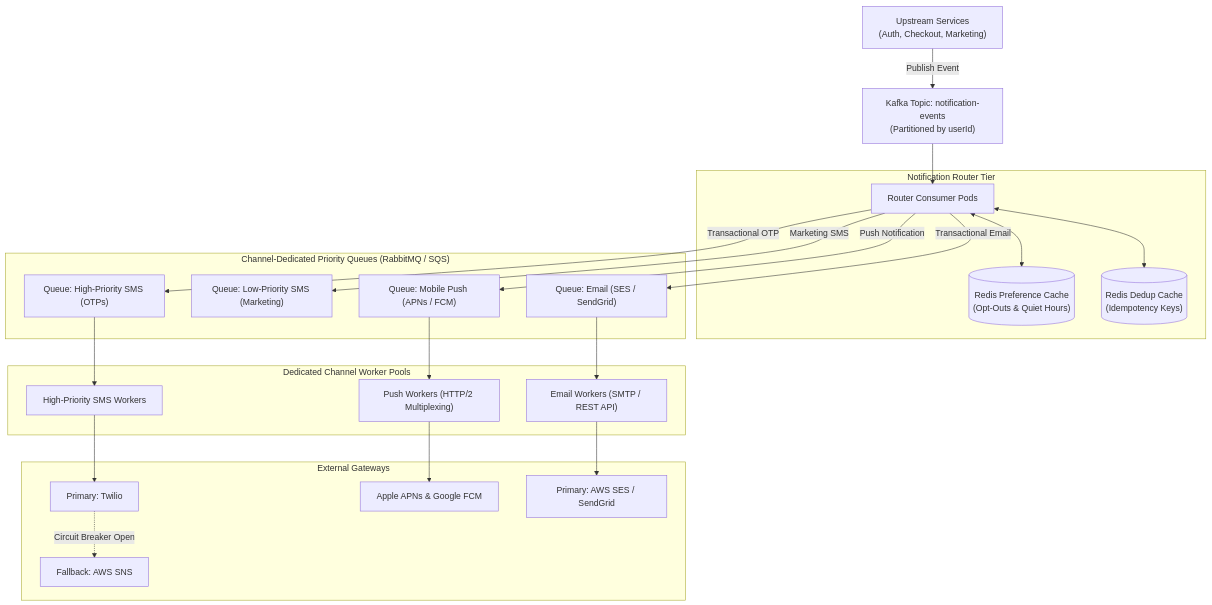
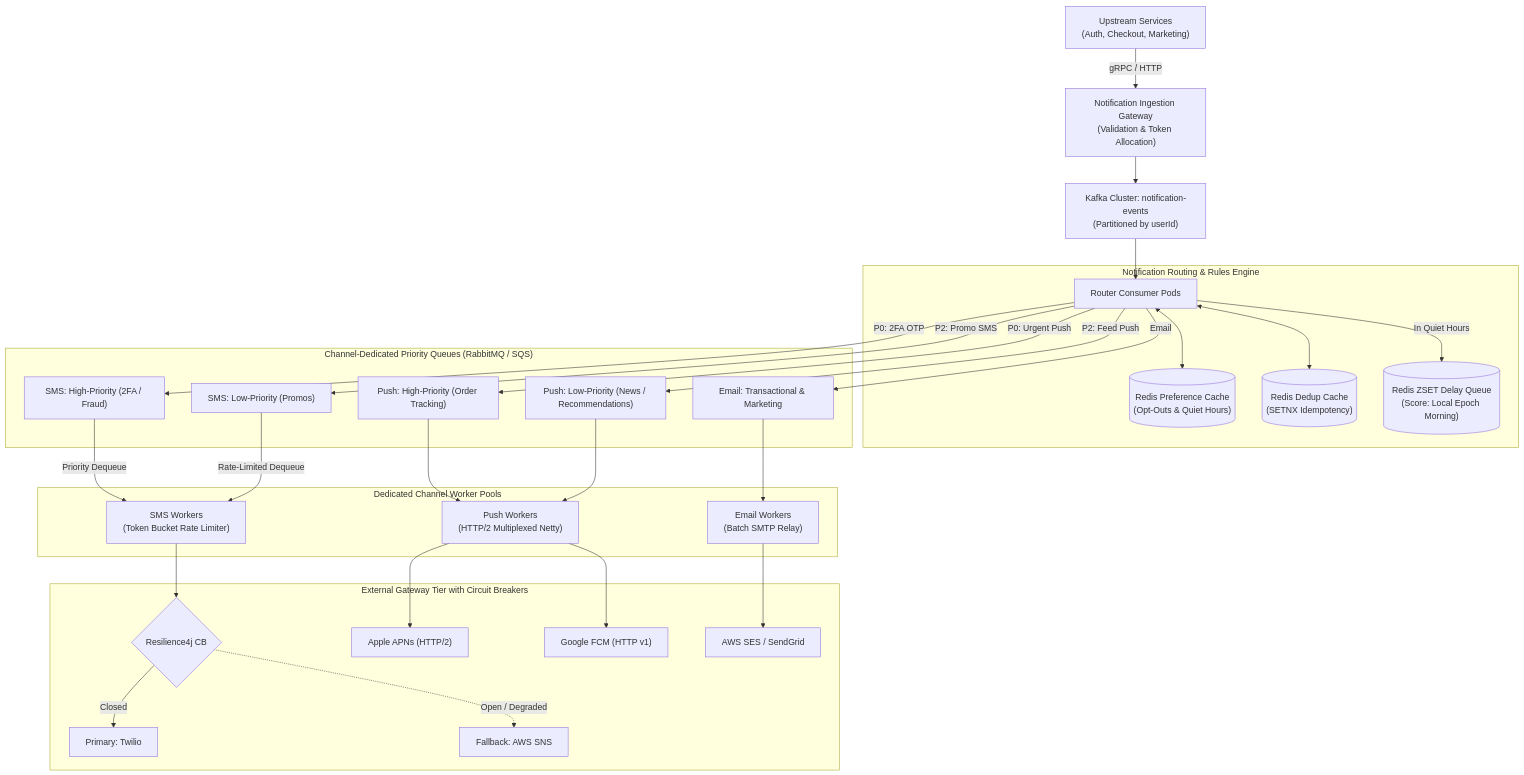
Before and after one commit to weaponxwolf/backend-engineering-mastry: the third of 5 diagrams in docs/system-design/notification-system.mdx, drawn with Mermaid. The commit also changed other lines of this file and 16 other files, not shown here.

````diff
--- a/docs/system-design/notification-system.mdx
+++ b/docs/system-design/notification-system.mdx
@@ -30,40 +130,55 @@
 ```mermaid
 flowchart TD
-    Producers["Upstream Services<br/>(Auth, Checkout, Marketing)"] -->|Publish Event| Kafka["Kafka Topic: notification-events<br/>(Partitioned by userId)"]
+    Upstream["Upstream Services<br/>(Auth, Checkout, Marketing)"] -->|gRPC / HTTP| IngestionAPI["Notification Ingestion Gateway<br/>(Validation & Token Allocation)"]
     
-    subgraph RouterEngine ["Notification Router Tier"]
+    IngestionAPI --> Kafka["Kafka Cluster: notification-events<br/>(Partitioned by userId)"]
+
+    subgraph RouterTier ["Notification Routing & Rules Engine"]
         Router["Router Consumer Pods"]
         PrefCache[("Redis Preference Cache<br/>(Opt-Outs & Quiet Hours)")]
-        DedupCache[("Redis Dedup Cache<br/>(Idempotency Keys)")]
+        DedupCache[("Redis Dedup Cache<br/>(SETNX Idempotency)")]
+        DelayZSet[("Redis ZSET Delay Queue<br/>(Score: Local Epoch Morning)")]
+        
+        Router <--> DedupCache
         Router <--> PrefCache
-        Router <--> DedupCache
+        Router -->|In Quiet Hours| DelayZSet
     end
     Kafka --> Router
 
-    subgraph PriorityQueues ["Channel-Dedicated Priority Queues (RabbitMQ / SQS)"]
-        Q_High_SMS["Queue: High-Priority SMS (OTPs)"]
-        Q_Low_SMS["Queue: Low-Priority SMS (Marketing)"]
-        Q_Push["Queue: Mobile Push (APNs / FCM)"]
-        Q_Email["Queue: Email (SES / SendGrid)"]
+    subgraph ChannelQueues ["Channel-Dedicated Priority Queues (RabbitMQ / SQS)"]
+        Q_High_SMS["SMS: High-Priority (2FA / Fraud)"]
+        Q_Low_SMS["SMS: Low-Priority (Promos)"]
+        Q_High_Push["Push: High-Priority (Order Tracking)"]
+        Q_Low_Push["Push: Low-Priority (News / Recommendations)"]
+        Q_Email["Email: Transactional & Marketing"]
     end
-    Router -->|Transactional OTP| Q_High_SMS
-    Router -->|Marketing SMS| Q_Low_SMS
-    Router -->|Push Notification| Q_Push
-    Router -->|Transactional Email| Q_Email
+
+    Router -->|P0: 2FA OTP| Q_High_SMS
+    Router -->|P2: Promo SMS| Q_Low_SMS
+    Router -->|P0: Urgent Push| Q_High_Push
+    Router -->|P2: Feed Push| Q_Low_Push
+    Router -->|Email| Q_Email
 
     subgraph Workers ["Dedicated Channel Worker Pools"]
-        W_SMS_High["High-Priority SMS Workers"]
-        W_Push["Push Workers (HTTP/2 Multiplexing)"]
-        W_Email["Email Workers (SMTP / REST API)"]
+        W_SMS["SMS Workers<br/>(Token Bucket Rate Limiter)"]
+        W_Push["Push Workers<br/>(HTTP/2 Multiplexed Netty)"]
+        W_Email["Email Workers<br/>(Batch SMTP Relay)"]
     end
-    Q_High_SMS --> W_SMS_High
-    Q_Push --> W_Push
+
+    Q_High_SMS -->|Priority Dequeue| W_SMS
+    Q_Low_SMS -->|Rate-Limited Dequeue| W_SMS
+    Q_High_Push --> W_Push
+    Q_Low_Push --> W_Push
     Q_Email --> W_Email
 
-    subgraph Providers ["External Gateways"]
-        W_SMS_High --> Twilio["Primary: Twilio"]
-        Twilio -.->|Circuit Breaker Open| SNS["Fallback: AWS SNS"]
-        W_Push --> APNs["Apple APNs & Google FCM"]
-        W_Email --> SES["Primary: AWS SES / SendGrid"]
+    subgraph Gateways ["External Gateway Tier with Circuit Breakers"]
+        W_SMS --> CB_SMS{Resilience4j CB}
+        CB_SMS -->|Closed| Twilio["Primary: Twilio"]
+        CB_SMS -.->|Open / Degraded| AWS_SNS["Fallback: AWS SNS"]
+        
+        W_Push --> APNs["Apple APNs (HTTP/2)"]
+        W_Push --> FCM["Google FCM (HTTP v1)"]
+        
+        W_Email --> SES["AWS SES / SendGrid"]
     end
 ```
````
